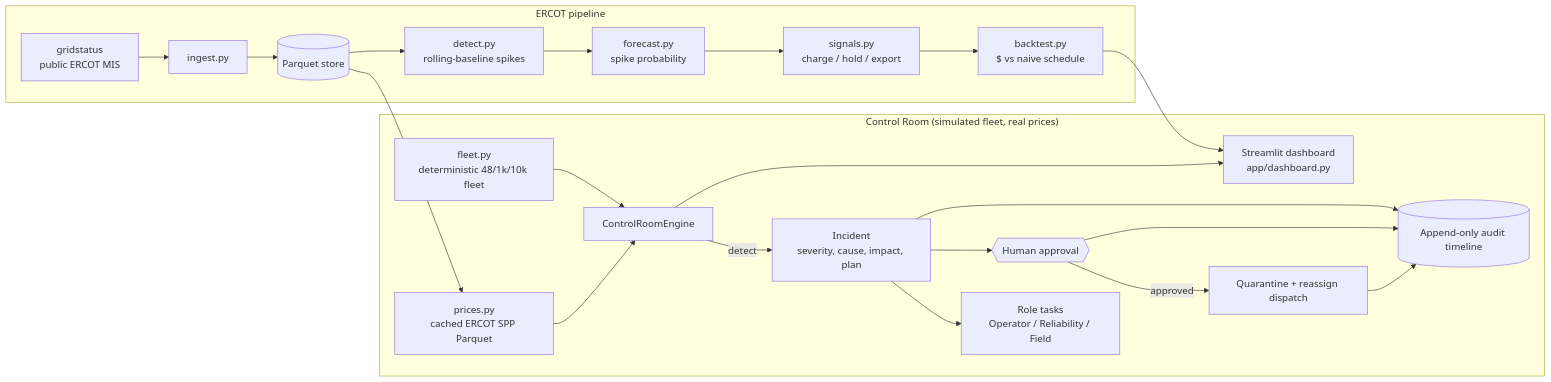
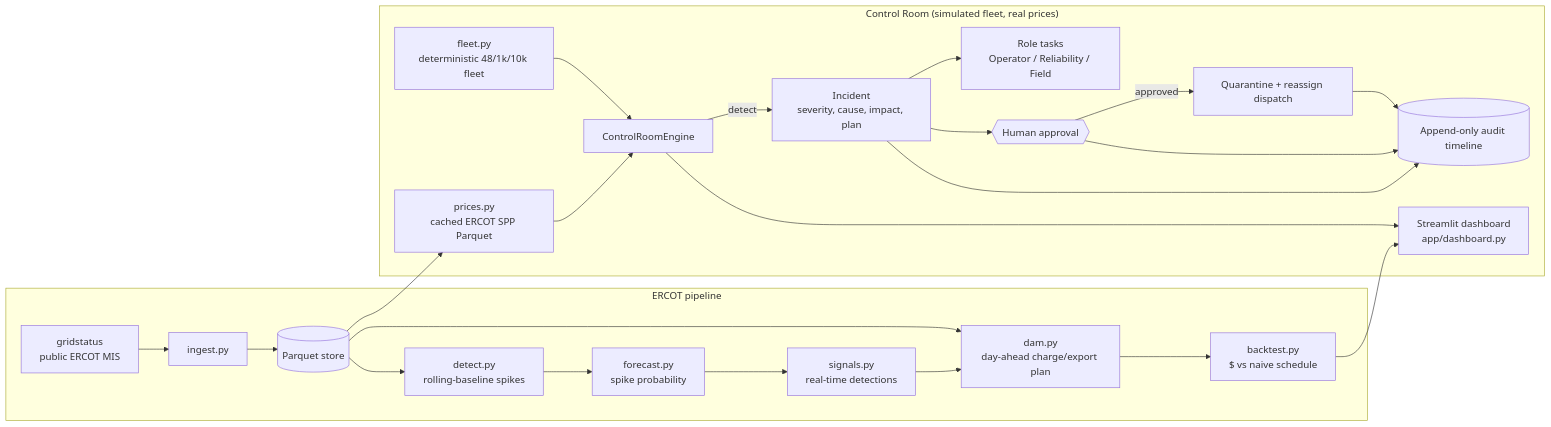
Before and after one commit to Regantih/gridsignal: the diagram in README.md, drawn with Mermaid. The commit also changed other lines of this file and 58 other files, not shown here.

Commit message:
Anchor dispatch on the ERCOT day-ahead curve and score it out of sample

````diff
--- a/README.md
+++ b/README.md
@@ -130,22 +134,25 @@
 ```mermaid
 flowchart LR
     subgraph CR["Control Room (simulated fleet, real prices)"]
         F[fleet.py<br/>deterministic 48/1k/10k fleet] --> E[ControlRoomEngine]
         PR[prices.py<br/>cached ERCOT SPP Parquet] --> E
         E -->|detect| I[Incident<br/>severity, cause, impact, plan]
         I --> T[Role tasks<br/>Operator / Reliability / Field]
         I --> H{{Human approval}}
         H -->|approved| R[Quarantine + reassign dispatch]
         R --> A[(Append-only audit timeline)]
         H --> A
         I --> A
         E --> D[Streamlit dashboard<br/>app/dashboard.py]
     end
     subgraph GP["ERCOT pipeline"]
         G[gridstatus<br/>public ERCOT MIS] --> P[ingest.py] --> Q[(Parquet store)]
         Q --> PR
         Q --> DT[detect.py<br/>rolling-baseline spikes] --> FC[forecast.py<br/>spike probability]
-        FC --> SG[signals.py<br/>charge / hold / export] --> BT[backtest.py<br/>$ vs naive schedule]
+        Q --> DM[dam.py<br/>day-ahead charge/export plan]
+        FC --> SG[signals.py<br/>real-time detections]
+        SG --> DM
+        DM --> BT[backtest.py<br/>$ vs naive schedule]
         BT --> D
     end
 ```
````
